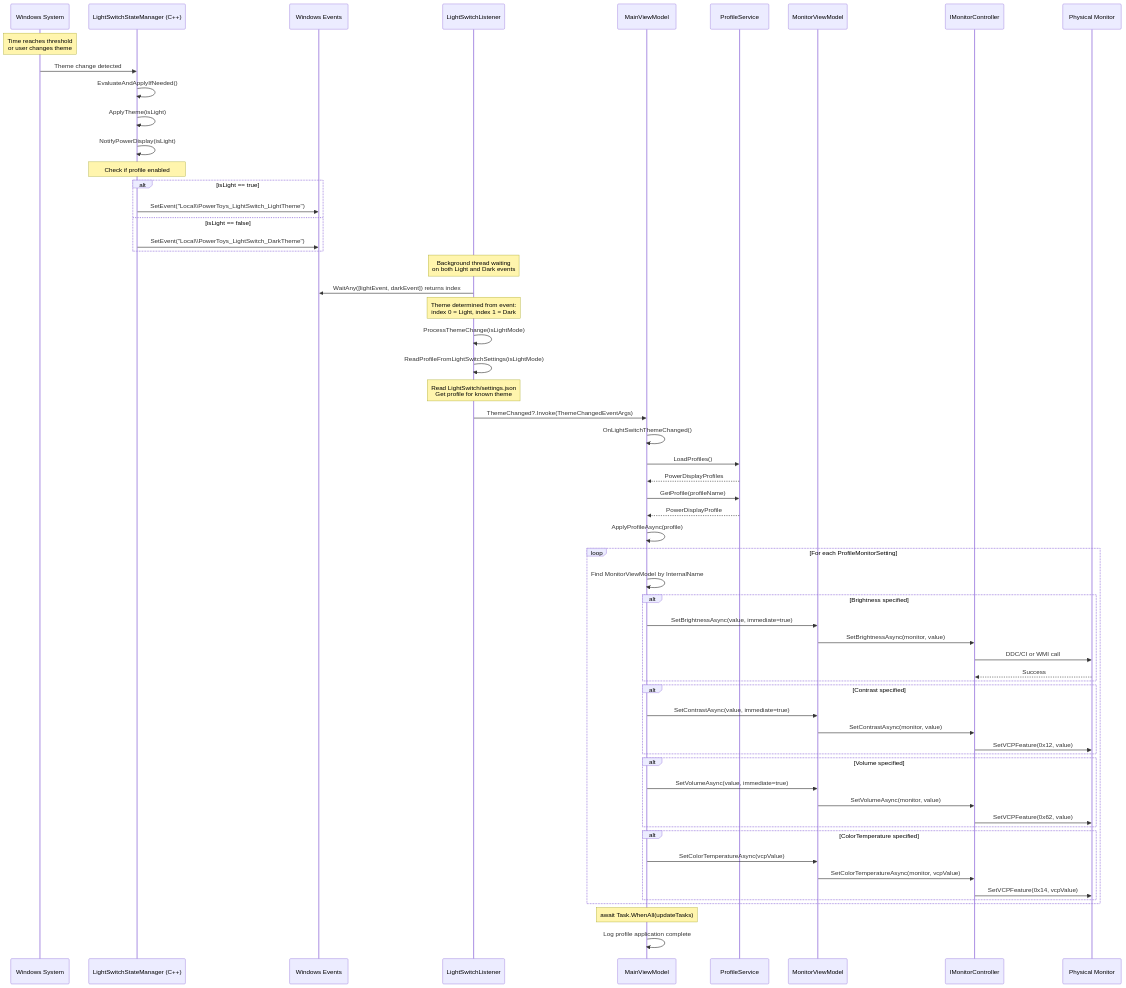
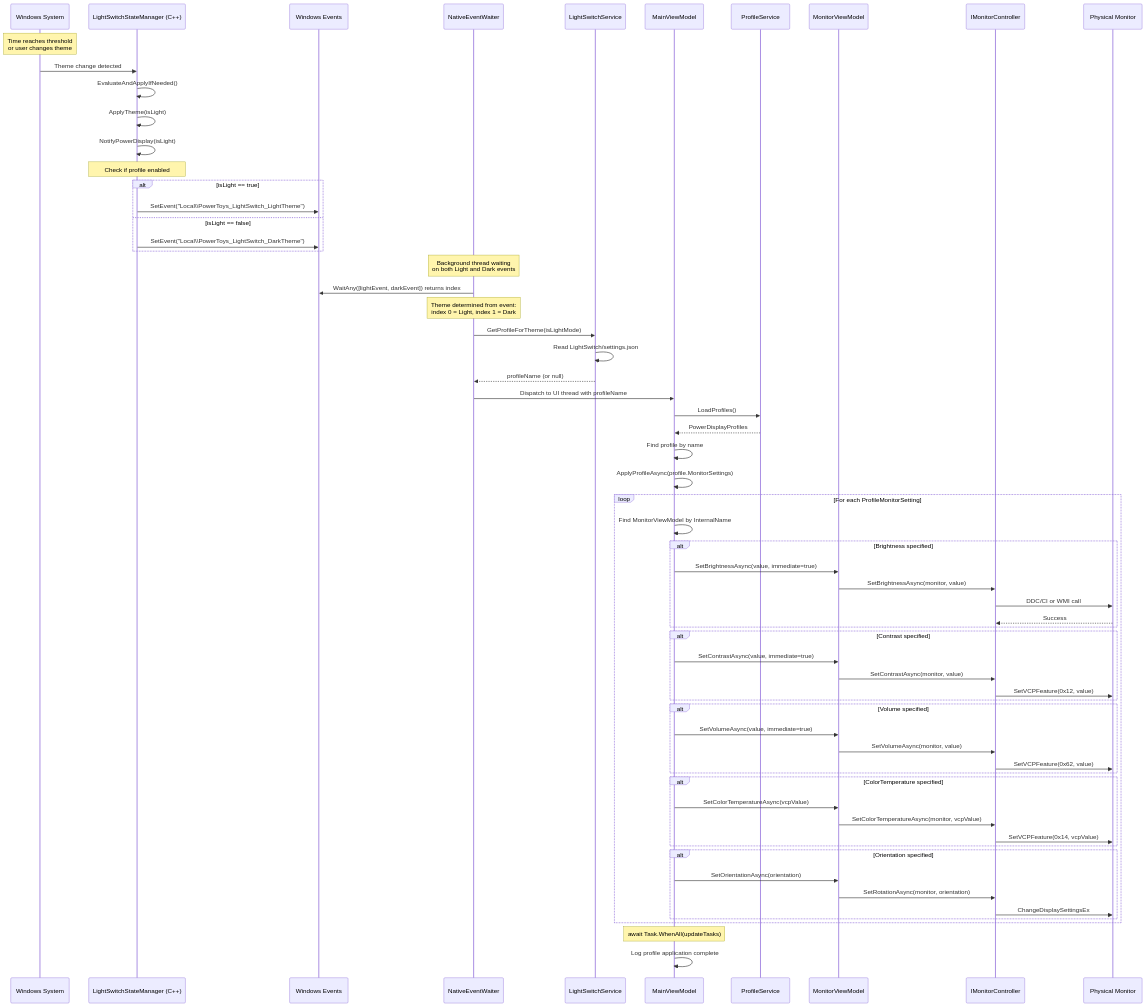
Diagram 13 of 17 in doc/devdocs/modules/powerdisplay/design.md (microsoft/PowerToys), drawn with Mermaid before and after one commit. The commit also changed other lines of this file and 2 other files, not shown here.

First line of the commit message:
PowerDisplay: overhaul design docs, remove obsolete IPC code

````diff
--- a/doc/devdocs/modules/powerdisplay/design.md
+++ b/doc/devdocs/modules/powerdisplay/design.md
@@ -801,78 +1163,82 @@
 ```mermaid
 sequenceDiagram
     participant System as Windows System
     participant LightSwitch as LightSwitchStateManager (C++)
     participant WinEvent as Windows Events
-    participant Listener as LightSwitchListener
+    participant EventWaiter as NativeEventWaiter
+    participant LSSvc as LightSwitchService
     participant MainVM as MainViewModel
     participant ProfileService
     participant MonitorVM as MonitorViewModel
     participant Controller as IMonitorController
     participant Monitor as Physical Monitor
 
     Note over System: Time reaches threshold<br/>or user changes theme
     System->>LightSwitch: Theme change detected
 
     LightSwitch->>LightSwitch: EvaluateAndApplyIfNeeded()
     LightSwitch->>LightSwitch: ApplyTheme(isLight)
 
     LightSwitch->>LightSwitch: NotifyPowerDisplay(isLight)
     Note over LightSwitch: Check if profile enabled
 
     alt isLight == true
         LightSwitch->>WinEvent: SetEvent("Local\\PowerToys_LightSwitch_LightTheme")
     else isLight == false
         LightSwitch->>WinEvent: SetEvent("Local\\PowerToys_LightSwitch_DarkTheme")
     end
 
-    Note over Listener: Background thread waiting<br/>on both Light and Dark events
-    Listener->>WinEvent: WaitAny([lightEvent, darkEvent]) returns index
+    Note over EventWaiter: Background thread waiting<br/>on both Light and Dark events
+    EventWaiter->>WinEvent: WaitAny([lightEvent, darkEvent]) returns index
 
-    Note over Listener: Theme determined from event:<br/>index 0 = Light, index 1 = Dark
-    Listener->>Listener: ProcessThemeChange(isLightMode)
-    Listener->>Listener: ReadProfileFromLightSwitchSettings(isLightMode)
-    Note over Listener: Read LightSwitch/settings.json<br/>Get profile for known theme
+    Note over EventWaiter: Theme determined from event:<br/>index 0 = Light, index 1 = Dark
+    EventWaiter->>LSSvc: GetProfileForTheme(isLightMode)
+    LSSvc->>LSSvc: Read LightSwitch/settings.json
+    LSSvc-->>EventWaiter: profileName (or null)
 
-    Listener->>MainVM: ThemeChanged?.Invoke(ThemeChangedEventArgs)
+    EventWaiter->>MainVM: Dispatch to UI thread with profileName
 
-    MainVM->>MainVM: OnLightSwitchThemeChanged()
     MainVM->>ProfileService: LoadProfiles()
     ProfileService-->>MainVM: PowerDisplayProfiles
 
-    MainVM->>ProfileService: GetProfile(profileName)
-    ProfileService-->>MainVM: PowerDisplayProfile
-
-    MainVM->>MainVM: ApplyProfileAsync(profile)
+    MainVM->>MainVM: Find profile by name
+    MainVM->>MainVM: ApplyProfileAsync(profile.MonitorSettings)
 
     loop For each ProfileMonitorSetting
         MainVM->>MainVM: Find MonitorViewModel by InternalName
 
         alt Brightness specified
             MainVM->>MonitorVM: SetBrightnessAsync(value, immediate=true)
             MonitorVM->>Controller: SetBrightnessAsync(monitor, value)
             Controller->>Monitor: DDC/CI or WMI call
             Monitor-->>Controller: Success
         end
 
         alt Contrast specified
             MainVM->>MonitorVM: SetContrastAsync(value, immediate=true)
             MonitorVM->>Controller: SetContrastAsync(monitor, value)
             Controller->>Monitor: SetVCPFeature(0x12, value)
         end
 
         alt Volume specified
             MainVM->>MonitorVM: SetVolumeAsync(value, immediate=true)
             MonitorVM->>Controller: SetVolumeAsync(monitor, value)
             Controller->>Monitor: SetVCPFeature(0x62, value)
         end
 
         alt ColorTemperature specified
             MainVM->>MonitorVM: SetColorTemperatureAsync(vcpValue)
             MonitorVM->>Controller: SetColorTemperatureAsync(monitor, vcpValue)
             Controller->>Monitor: SetVCPFeature(0x14, vcpValue)
         end
+
+        alt Orientation specified
+            MainVM->>MonitorVM: SetOrientationAsync(orientation)
+            MonitorVM->>Controller: SetRotationAsync(monitor, orientation)
+            Controller->>Monitor: ChangeDisplaySettingsEx
+        end
     end
 
     Note over MainVM: await Task.WhenAll(updateTasks)
     MainVM->>MainVM: Log profile application complete
 ```
````
